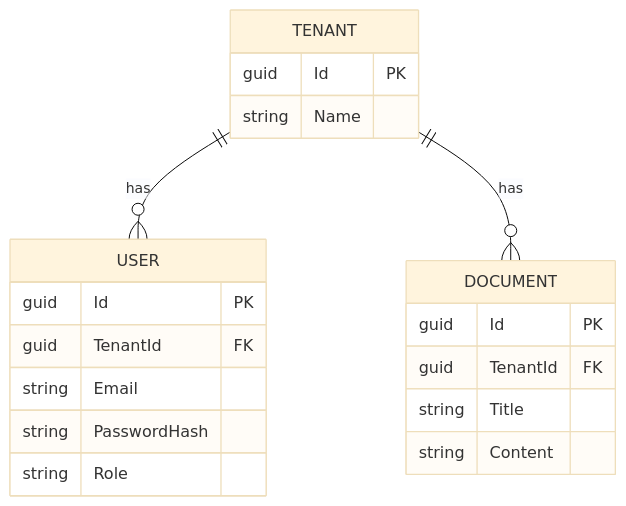
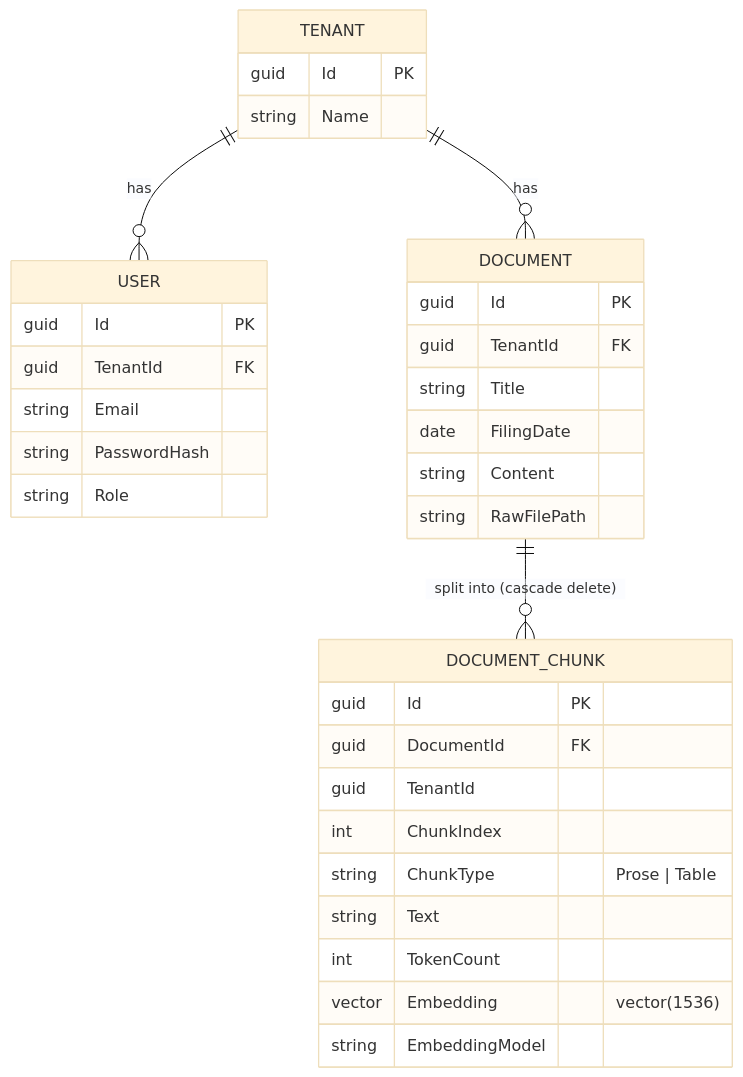
The fourth of 4 diagrams in README.md (DanielyanArtyom/dotnet-mcp-rag-server), drawn with Mermaid (base theme) before and after one commit. The commit also changed other lines of this file and 88 other files, not shown here.

````diff
--- a/README.md
+++ b/README.md
@@ -57,23 +93,37 @@
 ```mermaid
 erDiagram
     TENANT ||--o{ USER : has
     TENANT ||--o{ DOCUMENT : has
+    DOCUMENT ||--o{ DOCUMENT_CHUNK : "split into (cascade delete)"
 
     TENANT {
         guid Id PK
         string Name
     }
     USER {
         guid Id PK
         guid TenantId FK
         string Email
         string PasswordHash
         string Role
     }
     DOCUMENT {
         guid Id PK
         guid TenantId FK
         string Title
+        date FilingDate
         string Content
+        string RawFilePath
+    }
+    DOCUMENT_CHUNK {
+        guid Id PK
+        guid DocumentId FK
+        guid TenantId
+        int ChunkIndex
+        string ChunkType "Prose | Table"
+        string Text
+        int TokenCount
+        vector Embedding "vector(1536)"
+        string EmbeddingModel
     }
 ```
````
